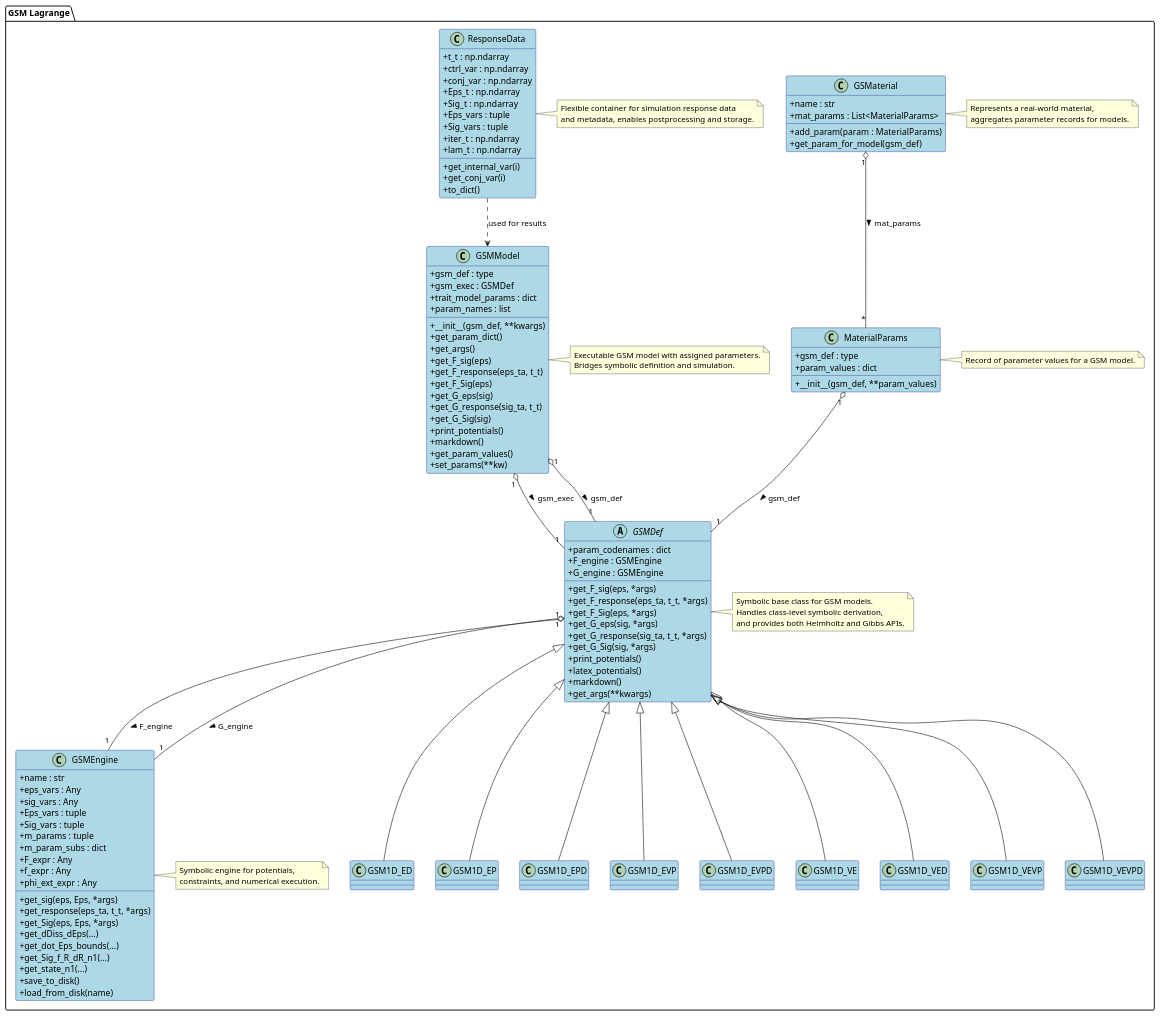
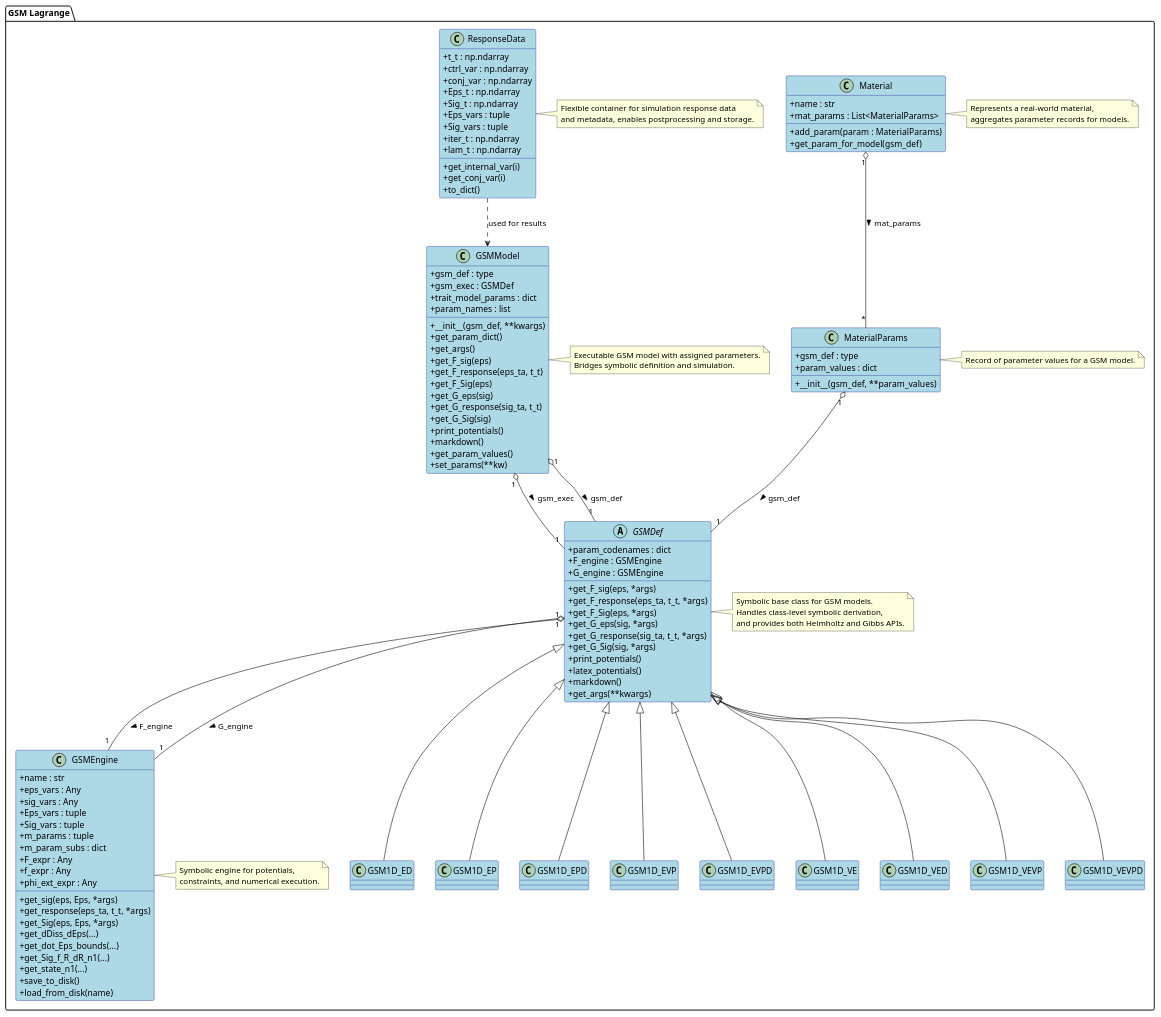
One commit to bmcs-group/bmcs_matmod changed the diagram in bmcs_matmod/gsm_lagrange/gsm_lagrange.puml. Above: the diagram before and after it, drawn with PlantUML. The commit also changed 40 other files, not shown here.

```diff
--- a/bmcs_matmod/gsm_lagrange/gsm_lagrange.puml
+++ b/bmcs_matmod/gsm_lagrange/gsm_lagrange.puml
@@ -1,158 +1,158 @@
 @startuml GSM Lagrange Class Diagram
 
 skinparam classAttributeIconSize 0
 skinparam classFontSize 14
 skinparam classFontName Arial
 skinparam backgroundColor white
 skinparam classBackgroundColor LightBlue
 skinparam classBorderColor DarkBlue
 
 package "GSM Lagrange" {
     abstract class GSMDef {
         +param_codenames : dict
         +F_engine : GSMEngine
         +G_engine : GSMEngine
         +get_F_sig(eps, *args)
         +get_F_response(eps_ta, t_t, *args)
         +get_F_Sig(eps, *args)
         +get_G_eps(sig, *args)
         +get_G_response(sig_ta, t_t, *args)
         +get_G_Sig(sig, *args)
         +print_potentials()
         +latex_potentials()
         +markdown()
         +get_args(**kwargs)
     }
 
     class GSMEngine {
         +name : str
         +eps_vars : Any
         +sig_vars : Any
         +Eps_vars : tuple
         +Sig_vars : tuple
         +m_params : tuple
         +m_param_subs : dict
         +F_expr : Any
         +f_expr : Any
         +phi_ext_expr : Any
         +get_sig(eps, Eps, *args)
         +get_response(eps_ta, t_t, *args)
         +get_Sig(eps, Eps, *args)
         +get_dDiss_dEps(...)
         +get_dot_Eps_bounds(...)
         +get_Sig_f_R_dR_n1(...)
         +get_state_n1(...)
         +save_to_disk()
         +load_from_disk(name)
     }
 
     class GSMModel {
         +gsm_def : type
         +gsm_exec : GSMDef
         +trait_model_params : dict
         +param_names : list
         +__init__(gsm_def, **kwargs)
         +get_param_dict()
         +get_args()
         +get_F_sig(eps)
         +get_F_response(eps_ta, t_t)
         +get_F_Sig(eps)
         +get_G_eps(sig)
         +get_G_response(sig_ta, t_t)
         +get_G_Sig(sig)
         +print_potentials()
         +markdown()
         +get_param_values()
         +set_params(**kw)
     }
 
     class MaterialParams {
         +gsm_def : type
         +param_values : dict
         +__init__(gsm_def, **param_values)
     }
 
-    class GSMaterial {
+    class Material {
         +name : str
         +mat_params : List<MaterialParams>
         +add_param(param : MaterialParams)
         +get_param_for_model(gsm_def)
     }
 
     class ResponseData {
         +t_t : np.ndarray
         +ctrl_var : np.ndarray
         +conj_var : np.ndarray
         +Eps_t : np.ndarray
         +Sig_t : np.ndarray
         +Eps_vars : tuple
         +Sig_vars : tuple
         +iter_t : np.ndarray
         +lam_t : np.ndarray
         +get_internal_var(i)
         +get_conj_var(i)
         +to_dict()
     }
 
     ' 1D Model Classes
     class GSM1D_ED
     class GSM1D_EP
     class GSM1D_EPD
     class GSM1D_EVP
     class GSM1D_EVPD
     class GSM1D_VE
     class GSM1D_VED
     class GSM1D_VEVP
     class GSM1D_VEVPD
 
     ' Relationships
     GSMDef <|-- GSM1D_ED
     GSMDef <|-- GSM1D_EP
     GSMDef <|-- GSM1D_EPD
     GSMDef <|-- GSM1D_EVP
     GSMDef <|-- GSM1D_EVPD
     GSMDef <|-- GSM1D_VE
     GSMDef <|-- GSM1D_VED
     GSMDef <|-- GSM1D_VEVP
     GSMDef <|-- GSM1D_VEVPD
 
     GSMDef "1" o-- "1" GSMEngine : F_engine >
     GSMDef "1" o-- "1" GSMEngine : G_engine >
     GSMModel "1" o-- "1" GSMDef : gsm_exec >
     MaterialParams "1" o-- "1" GSMDef : gsm_def >
-    GSMaterial "1" o-- "*" MaterialParams : mat_params >
+    Material "1" o-- "*" MaterialParams : mat_params >
     GSMModel "1" o-- "1" GSMDef : gsm_def >
     ResponseData ..> GSMModel : used for results
 
     note right of GSMDef
       Symbolic base class for GSM models.
       Handles class-level symbolic derivation,
       and provides both Helmholtz and Gibbs APIs.
     end note
 
     note right of GSMEngine
       Symbolic engine for potentials,
       constraints, and numerical execution.
     end note
 
     note right of GSMModel
       Executable GSM model with assigned parameters.
       Bridges symbolic definition and simulation.
     end note
 
     note right of MaterialParams
       Record of parameter values for a GSM model.
     end note
 
-    note right of GSMaterial
+    note right of Material
       Represents a real-world material,
       aggregates parameter records for models.
     end note
 
     note right of ResponseData
       Flexible container for simulation response data
       and metadata, enables postprocessing and storage.
     end note
 }
 
 @enduml
```
